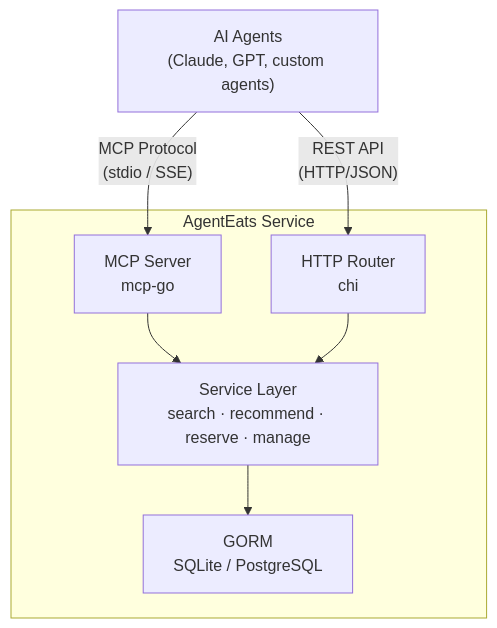
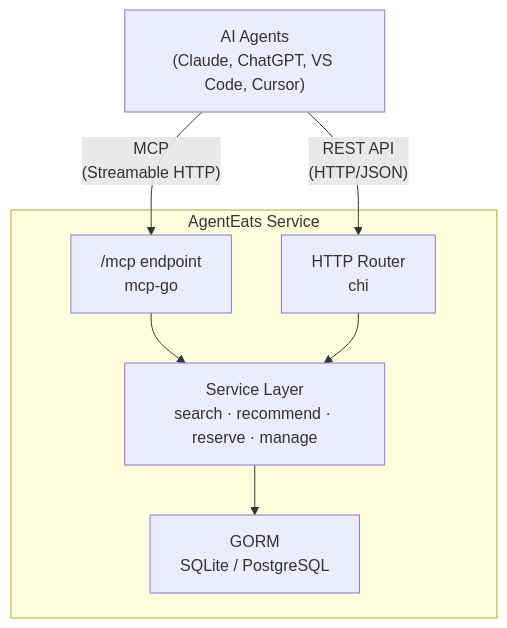
Before and after one commit to muskeg/AgentEats: the first of 2 diagrams in README.md, drawn with Mermaid. The commit also changed other lines of this file and 16 other files, not shown here.

````diff
--- a/README.md
+++ b/README.md
@@ -64,11 +76,11 @@
 ```mermaid
 graph TD
-    A["AI Agents<br/>(Claude, GPT, custom agents)"] -->|"MCP Protocol<br/>(stdio / SSE)"| MCP["MCP Server<br/>mcp-go"]
+    A["AI Agents<br/>(Claude, ChatGPT, VS Code, Cursor)"] -->|"MCP<br/>(Streamable HTTP)"| MCP["/mcp endpoint<br/>mcp-go"]
     A -->|"REST API<br/>(HTTP/JSON)"| API["HTTP Router<br/>chi"]
 
     subgraph AgentEats Service
         MCP --> SVC["Service Layer<br/>search · recommend · reserve · manage"]
         API --> SVC
         SVC --> DB["GORM<br/>SQLite / PostgreSQL"]
     end
 ```
````
